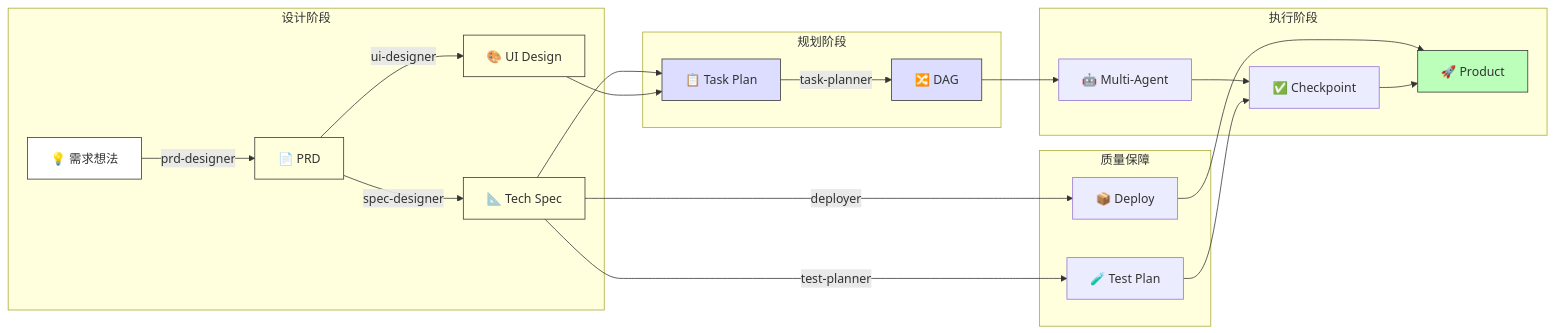
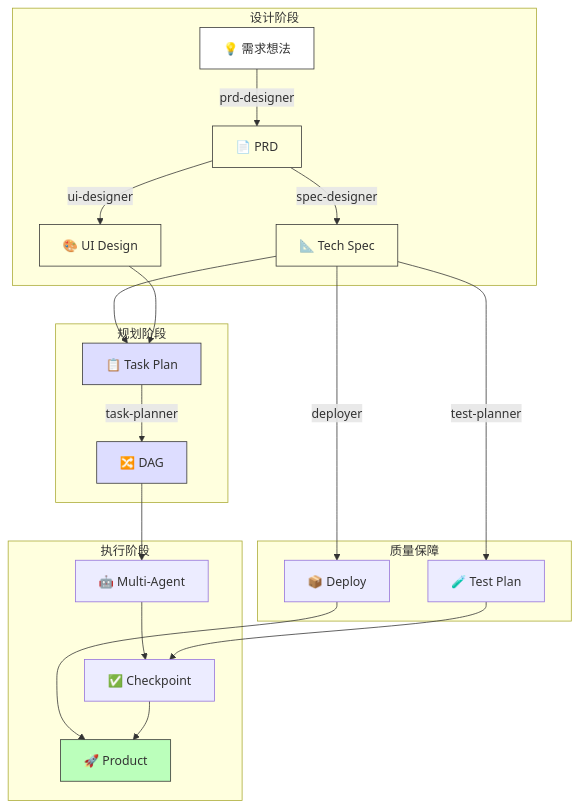
Before and after one commit to Coldplay-now/sddproskills: the second of 6 diagrams in README.md, drawn with Mermaid. The commit also changed other lines of this file, not shown here.

````diff
--- a/README.md
+++ b/README.md
@@ -16,47 +67,47 @@
 ```mermaid
-flowchart LR
+flowchart TD
     subgraph 设计阶段
         A[💡 需求想法]
         B[📄 PRD]
         C[📐 Tech Spec]
         D[🎨 UI Design]
     end
     
     subgraph 规划阶段
         E[📋 Task Plan]
         F[🔀 DAG]
     end
     
     subgraph 质量保障
         T[🧪 Test Plan]
         DP[📦 Deploy]
     end
     
     subgraph 执行阶段
         G[🤖 Multi-Agent]
         H[✅ Checkpoint]
         I[🚀 Product]
     end
     
     A -->|prd-designer| B
     B -->|spec-designer| C
     B -->|ui-designer| D
     C --> E
     D --> E
     E -->|task-planner| F
     F --> G
     G --> H
     C -->|test-planner| T
     C -->|deployer| DP
     T --> H
     DP --> I
     H --> I
     
     style A fill:#fff,stroke:#333
     style B fill:#ffd,stroke:#333
     style C fill:#ffd,stroke:#333
     style D fill:#ffd,stroke:#333
     style E fill:#ddf,stroke:#333
     style F fill:#ddf,stroke:#333
     style I fill:#bfb,stroke:#333
 ```
````
